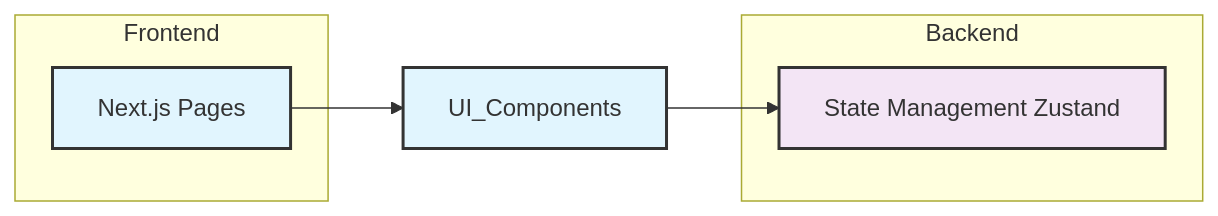
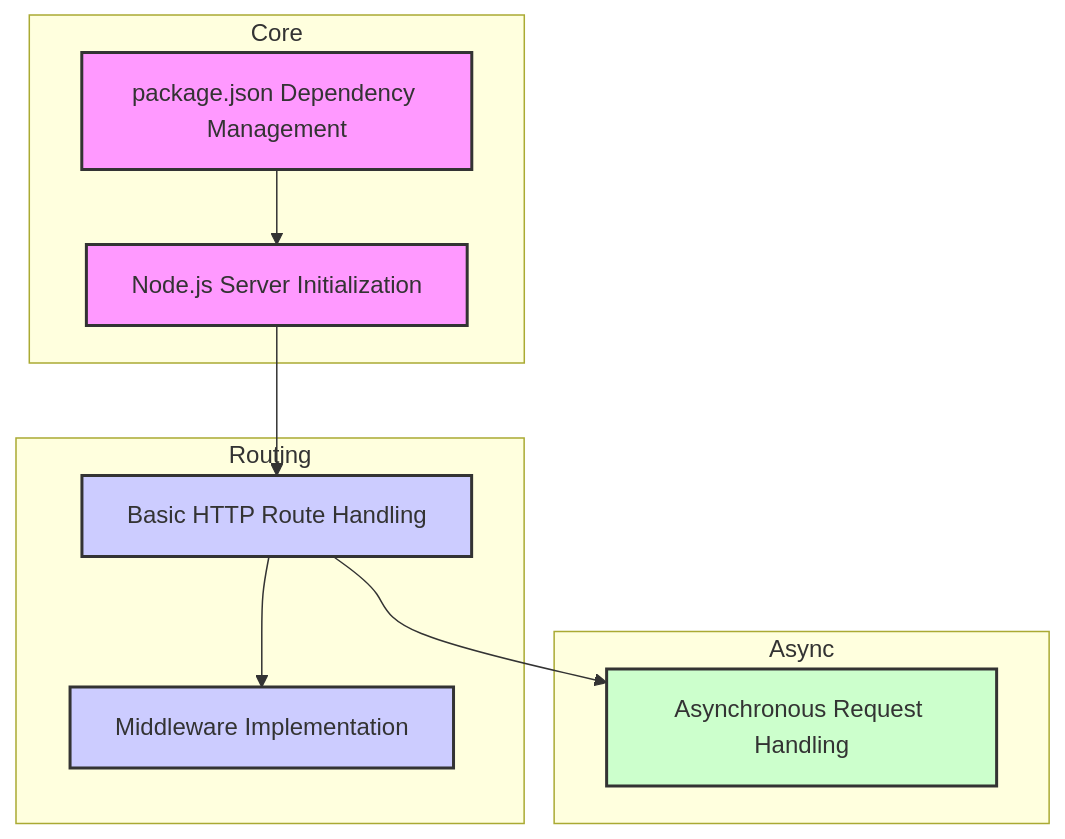
One commit to devbh04/testing changed the first of 8 diagrams in README.md. Above: the diagram before and after it, drawn with Mermaid. The commit also changed other lines of this file, not shown here.

````diff
--- a/README.md
+++ b/README.md
@@ -94,18 +88,29 @@
 ```mermaid
-flowchart LR
-    subgraph Frontend
-        Pages[""Next.js Pages""]
-    end
-    subgraph Backend
-        State_Management["""State Management Zustand"""]
+flowchart TD
+    subgraph Core
+        Server[""Node.js Server Initialization""]
+        PackageManager[""package.json Dependency Management""]
     end
 
-    Pages --> UI_Components
-    UI_Components --> State_Management
+    subgraph Routing
+        Routes[""Basic HTTP Route Handling""]
+        Middleware[""Middleware Implementation""]
+    end
 
-    classDef frontend fill:#e1f5fe,stroke:#333,stroke-width:2px;
-    classDef backend fill:#f3e5f5,stroke:#333,stroke-width:2px;
+    subgraph Async
+        AsyncHandling[""Asynchronous Request Handling""]
+    end
 
-    class Pages,UI_Components frontend;
-    class State_Management backend;
+    Server --> Routes
+    PackageManager --> Server
+    Routes --> Middleware
+    Routes --> AsyncHandling
+
+    classDef core fill:#f9f,stroke:#333,stroke-width:2px;
+    classDef route fill:#ccf,stroke:#333,stroke-width:2px;
+    classDef asyncfill fill:#cfc,stroke:#333,stroke-width:2px;
+
+    class Server,PackageManager core;
+    class Routes,Middleware route;
+    class AsyncHandling asyncfill;
 ```
````
